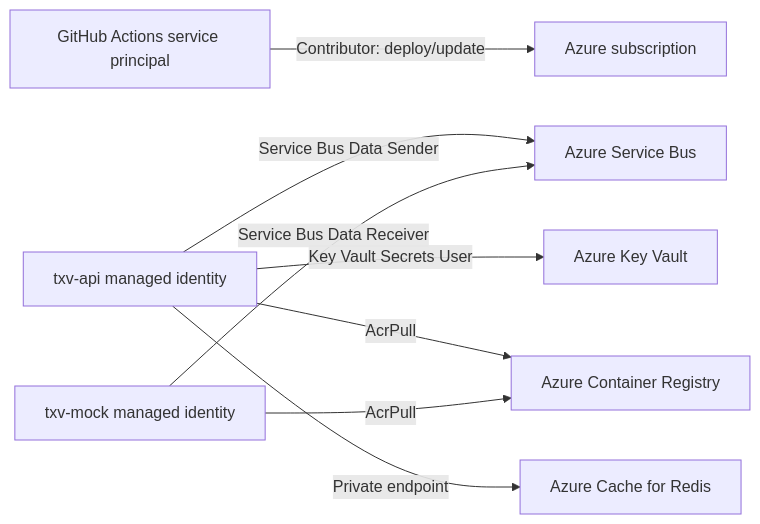
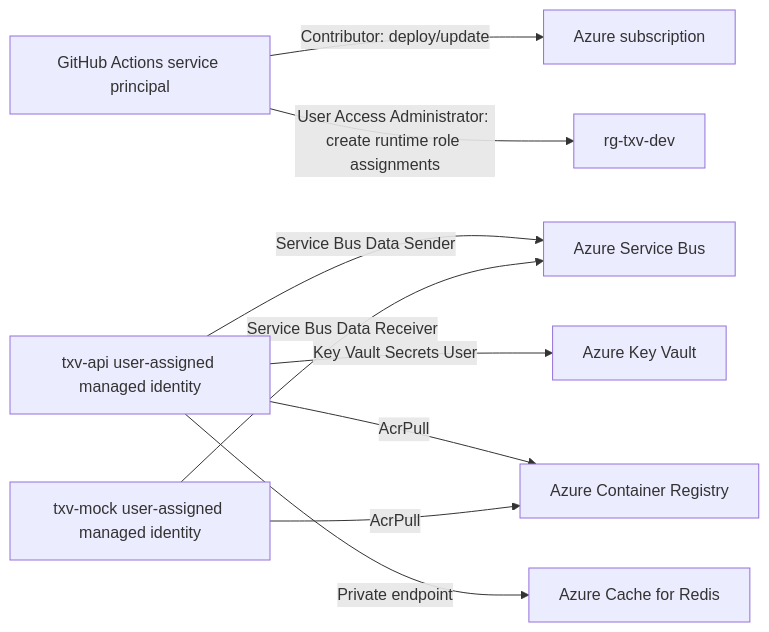
The fifth of 6 diagrams in docs/azure_deployment/oidc_workflow_diagrams.md (haudtech/transaction-validation), drawn with Mermaid before and after one commit. The commit also changed other lines of this file and 4 other files, not shown here.

````diff
--- a/docs/azure_deployment/oidc_workflow_diagrams.md
+++ b/docs/azure_deployment/oidc_workflow_diagrams.md
@@ -137,16 +144,17 @@
 ```mermaid
 flowchart LR
     GH["GitHub Actions service principal"]
     GH -->|"Contributor: deploy/update"| Subscription["Azure subscription"]
+    GH -->|"User Access Administrator: create runtime role assignments"| ResourceGroup["rg-txv-dev"]
 
-    API["txv-api managed identity"]
+    API["txv-api user-assigned managed identity"]
     API -->|"Service Bus Data Sender"| SB["Azure Service Bus"]
     API -->|"Key Vault Secrets User"| KV["Azure Key Vault"]
     API -->|"AcrPull"| ACR["Azure Container Registry"]
 
-    Mock["txv-mock managed identity"]
+    Mock["txv-mock user-assigned managed identity"]
     Mock -->|"Service Bus Data Receiver"| SB
     Mock -->|"AcrPull"| ACR
 
     API -->|"Private endpoint"| Redis["Azure Cache for Redis"]
 ```
````
